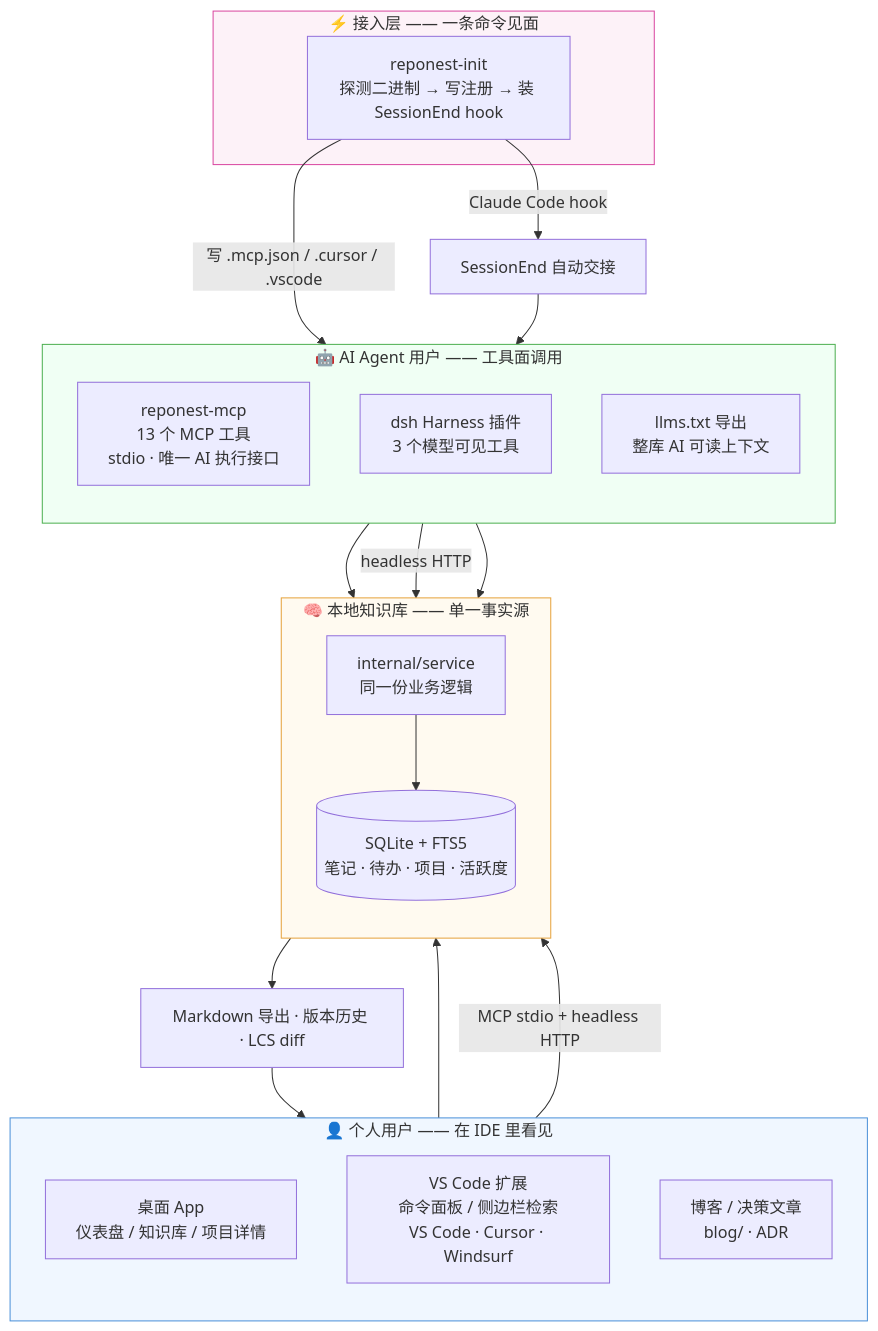
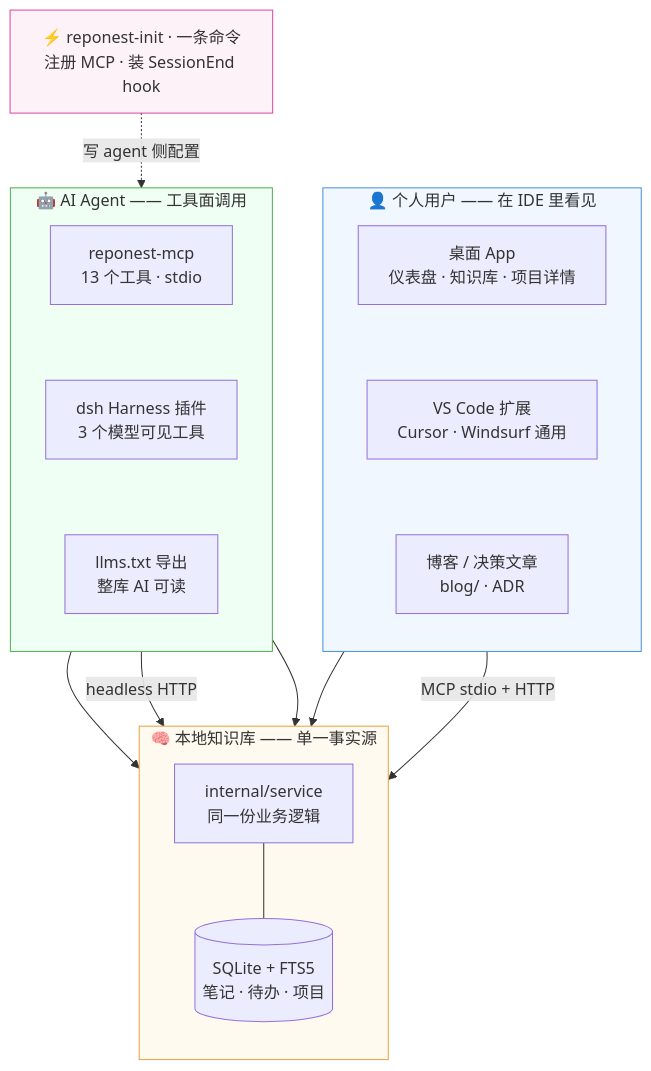
Before and after one commit to sky-jiangcheng/RepoNest: the third of 3 diagrams in docs/index.md, drawn with Mermaid. The commit also changed other lines of this file and 2 other files, not shown here.

Commit message:
docs(diagrams): 全景图重构 — 两货架对称分层,告别散乱布局
旧图问题(用户反馈'完全不成熟'):INIT 孤悬右上角、OUT 悬空节点、
HOOK 链把人类用户拽到图外,12 节点 + 8 条长标签边在构建期渲染下
文字溢出('internal/servic e')、布局随机散布。

- 删 HOOK/OUT 中间节点:hook 细节并入 reponest-init 标签,
  '产物回流给人'由正文承载,消掉制造环的回边
- INIT 从角落子图改为独立节点,一条虚线接入 agent 侧
- 货架内用隐形边(~~~)强制竖排,HUMAN/AGENT 两货架对称并排,
  实线全部向内汇入 CORE,整图宽度减半、无需缩放
- build-docs: flowchart wrappingWidth 提到 360,
  mermaid 12 内部换行不再把 internal/service 拆成 servic|e
- 中英读法段落同步改写(接线员'侧面'、虚线仅 INIT 一条)

````diff
--- a/docs/index.md
+++ b/docs/index.md
@@ -69,44 +69,37 @@
 ```mermaid
 flowchart TB
-    subgraph HUMAN[👤 个人用户 —— 在 IDE 里看见]
+    subgraph HUMAN["👤 个人用户 —— 在 IDE 里看见"]
         direction TB
-        DESKTOP[桌面 App<br/>仪表盘 / 知识库 / 项目详情]
-        VSCODE[VS Code 扩展<br/>命令面板 / 侧边栏检索<br/>VS Code · Cursor · Windsurf]
-        BLOG[博客 / 决策文章<br/>blog/ · ADR]
+        DESKTOP["桌面 App<br/>仪表盘 · 知识库 · 项目详情"]
+        VSCODE["VS Code 扩展<br/>Cursor · Windsurf 通用"]
+        BLOG["博客 / 决策文章<br/>blog/ · ADR"]
+        DESKTOP ~~~ VSCODE ~~~ BLOG
     end
 
-    subgraph AGENT[🤖 AI Agent 用户 —— 工具面调用]
+    subgraph AGENT["🤖 AI Agent —— 工具面调用"]
         direction TB
-        MCP[reponest-mcp<br/>13 个 MCP 工具<br/>stdio · 唯一 AI 执行接口]
-        DSH[dsh Harness 插件<br/>3 个模型可见工具]
-        LLMSTXT[llms.txt 导出<br/>整库 AI 可读上下文]
+        MCP["reponest-mcp<br/>13 个工具 · stdio"]
+        DSH["dsh Harness 插件<br/>3 个模型可见工具"]
+        LLMSTXT["llms.txt 导出<br/>整库 AI 可读"]
+        MCP ~~~ DSH ~~~ LLMSTXT
     end
 
-    subgraph CORE[🧠 本地知识库 —— 单一事实源]
+    subgraph CORE["🧠 本地知识库 —— 单一事实源"]
         direction TB
-        SERVICE[internal/service<br/>同一份业务逻辑]
-        DB[(SQLite + FTS5<br/>笔记 · 待办 · 项目 · 活跃度)]
-        SERVICE --> DB
+        SERVICE["internal/service<br/>同一份业务逻辑"] --- DB[("SQLite + FTS5<br/>笔记 · 待办 · 项目")]
     end
 
-    subgraph INIT[⚡ 接入层 —— 一条命令见面]
-        INITCMD[reponest-init<br/>探测二进制 → 写注册 → 装 SessionEnd hook]
-    end
+    DESKTOP --> SERVICE
+    VSCODE -->|"MCP stdio + HTTP"| SERVICE
+    MCP --> SERVICE
+    DSH -->|"headless HTTP"| SERVICE
+    LLMSTXT --> SERVICE
 
-    INITCMD -->|写 .mcp.json / .cursor / .vscode| MCP
-    INITCMD -->|Claude Code hook| HOOK[SessionEnd 自动交接]
-    HOOK --> MCP
-
-    DESKTOP --> SERVICE
-    VSCODE -->|MCP stdio + headless HTTP| SERVICE
-    MCP --> SERVICE
-    DSH -->|headless HTTP| SERVICE
-    LLMSTXT --> SERVICE
-    SERVICE --> OUT[Markdown 导出 · 版本历史 · LCS diff]
-    OUT --> HUMAN
+    INIT["⚡ reponest-init · 一条命令<br/>注册 MCP · 装 SessionEnd hook"]
+    INIT -.->|"写 agent 侧配置"| MCP
 
     style HUMAN fill:#f0f7ff,stroke:#4a90d9
     style AGENT fill:#f0fff4,stroke:#4caf50
     style CORE fill:#fffaf0,stroke:#e6a23c
     style INIT fill:#fdf2f8,stroke:#d946a0
 ```
````
